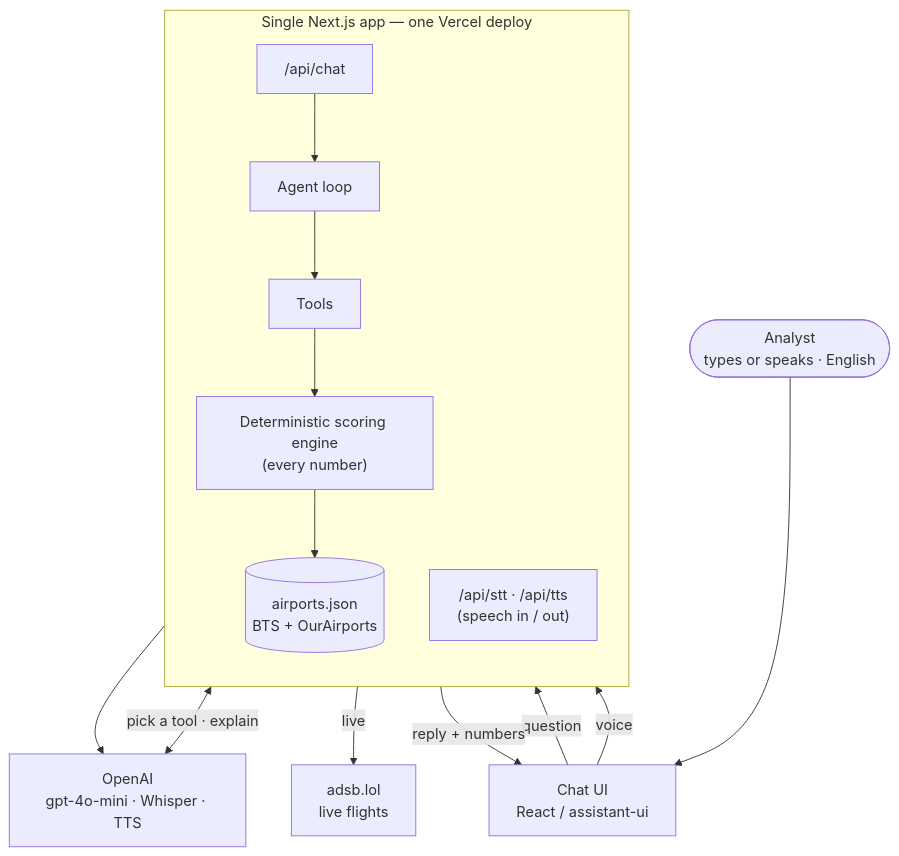
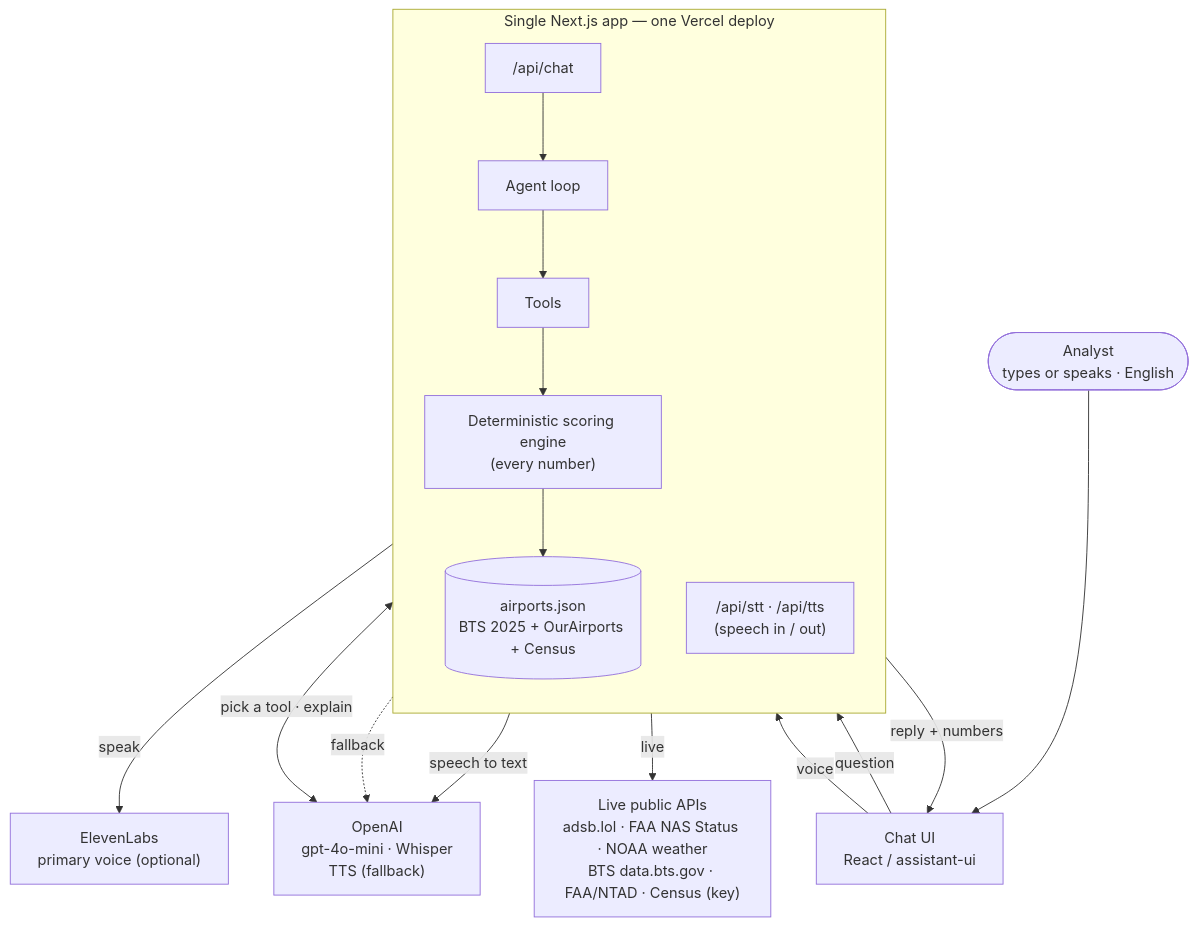
One commit to danieltesler/Airport-Demo changed the diagram in README.md. Above: the diagram before and after it, drawn with Mermaid. The commit also changed other lines of this file and 154 other files, not shown here.

First line of the commit message:
Real BTS data, Census geography, route and live tools, conversational voice

````diff
--- a/README.md
+++ b/README.md
@@ -52,27 +83,31 @@
 ```mermaid
 flowchart TD
     U(["Analyst<br/>types or speaks · English"])
     UI["Chat UI<br/>React / assistant-ui"]
 
     subgraph NEXT["Single Next.js app — one Vercel deploy"]
         direction TB
         CHAT["/api/chat"]
         VOICE["/api/stt · /api/tts<br/>(speech in / out)"]
         AGENT["Agent loop"]
         TOOLS["Tools"]
         ENGINE["Deterministic scoring engine<br/>(every number)"]
-        DATA[("airports.json<br/>BTS + OurAirports")]
+        DATA[("airports.json<br/>BTS 2025 + OurAirports + Census")]
     end
 
-    OPENAI["OpenAI<br/>gpt-4o-mini · Whisper · TTS"]
-    ADSB["adsb.lol<br/>live flights"]
+    OPENAI["OpenAI<br/>gpt-4o-mini · Whisper<br/>TTS (fallback)"]
+    ELEVEN["ElevenLabs<br/>primary voice (optional)"]
+    LIVE["Live public APIs<br/>adsb.lol · FAA NAS Status · NOAA weather<br/>BTS data.bts.gov · FAA/NTAD · Census (key)"]
 
     U --> UI
     UI -->|question| CHAT --> AGENT
-    UI -->|voice| VOICE --> OPENAI
+    UI -->|voice| VOICE
+    VOICE -->|speech to text| OPENAI
+    VOICE -->|speak| ELEVEN
+    VOICE -.->|fallback| OPENAI
     AGENT <-->|pick a tool · explain| OPENAI
     AGENT --> TOOLS
     TOOLS --> ENGINE --> DATA
-    TOOLS -->|live| ADSB
+    TOOLS -->|live| LIVE
     CHAT -->|reply + numbers| UI
 ```
````
